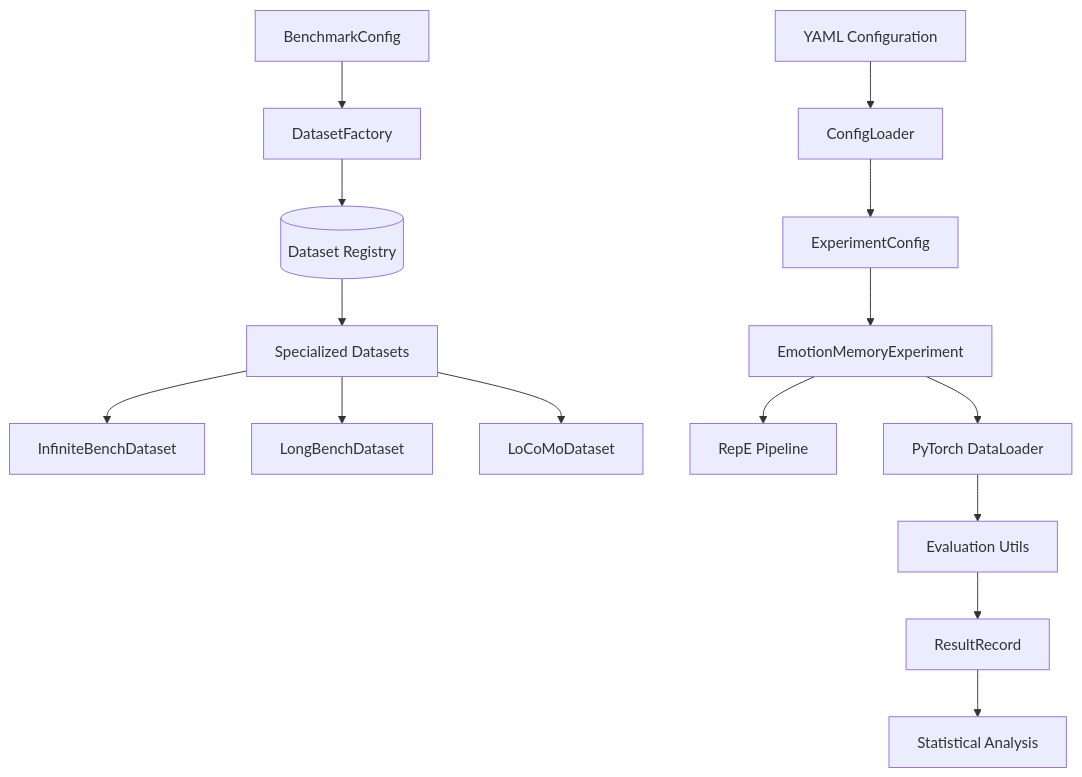
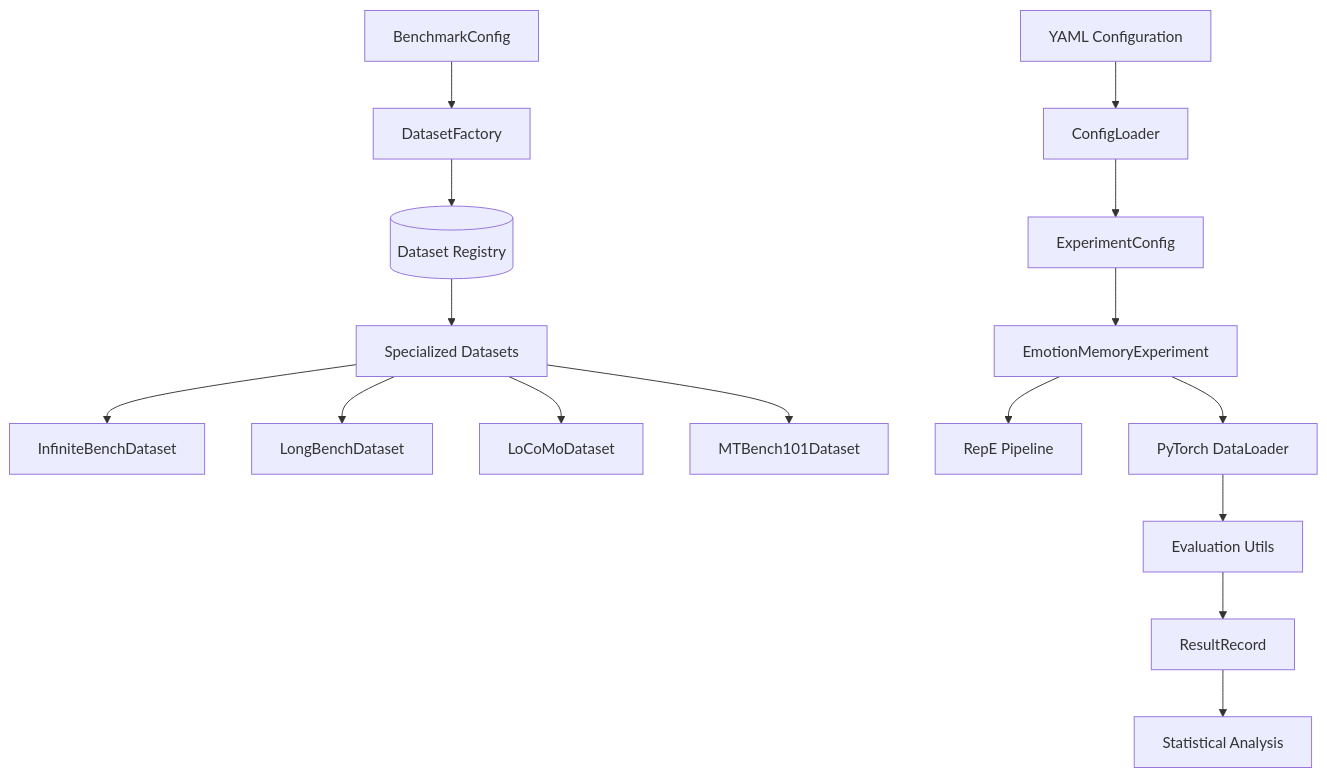
One commit to linmou/LLM_EmoBehav_game_theory changed the diagram in emotion_memory_experiments/claude_doc/emotion_memory_experiments_architecture_overview.md. Above: the diagram before and after it, drawn with Mermaid. The commit also changed other lines of this file and 41 other files, not shown here.

Commit message:
build mtbench 101 dataset; update llm evaluation

````diff
--- a/emotion_memory_experiments/claude_doc/emotion_memory_experiments_architecture_overview.md
+++ b/emotion_memory_experiments/claude_doc/emotion_memory_experiments_architecture_overview.md
@@ -27,21 +28,22 @@
 ```mermaid
 graph TB
     Config[YAML Configuration] --> Loader[ConfigLoader]
     Loader --> ExpConfig[ExperimentConfig]
     ExpConfig --> Experiment[EmotionMemoryExperiment]
     
     BenchConfig[BenchmarkConfig] --> Factory[DatasetFactory]
     Factory --> Registry[(Dataset Registry)]
     Registry --> Specialized[Specialized Datasets]
     
     Specialized --> InfiniteBench[InfiniteBenchDataset]
     Specialized --> LongBench[LongBenchDataset] 
     Specialized --> LoCoMo[LoCoMoDataset]
+    Specialized --> MTBench101[MTBench101Dataset]
     
     Experiment --> RepE[RepE Pipeline]
     Experiment --> DataLoader[PyTorch DataLoader]
     DataLoader --> Evaluation[Evaluation Utils]
     
     Evaluation --> Results[ResultRecord]
     Results --> Analysis[Statistical Analysis]
 ```
````
